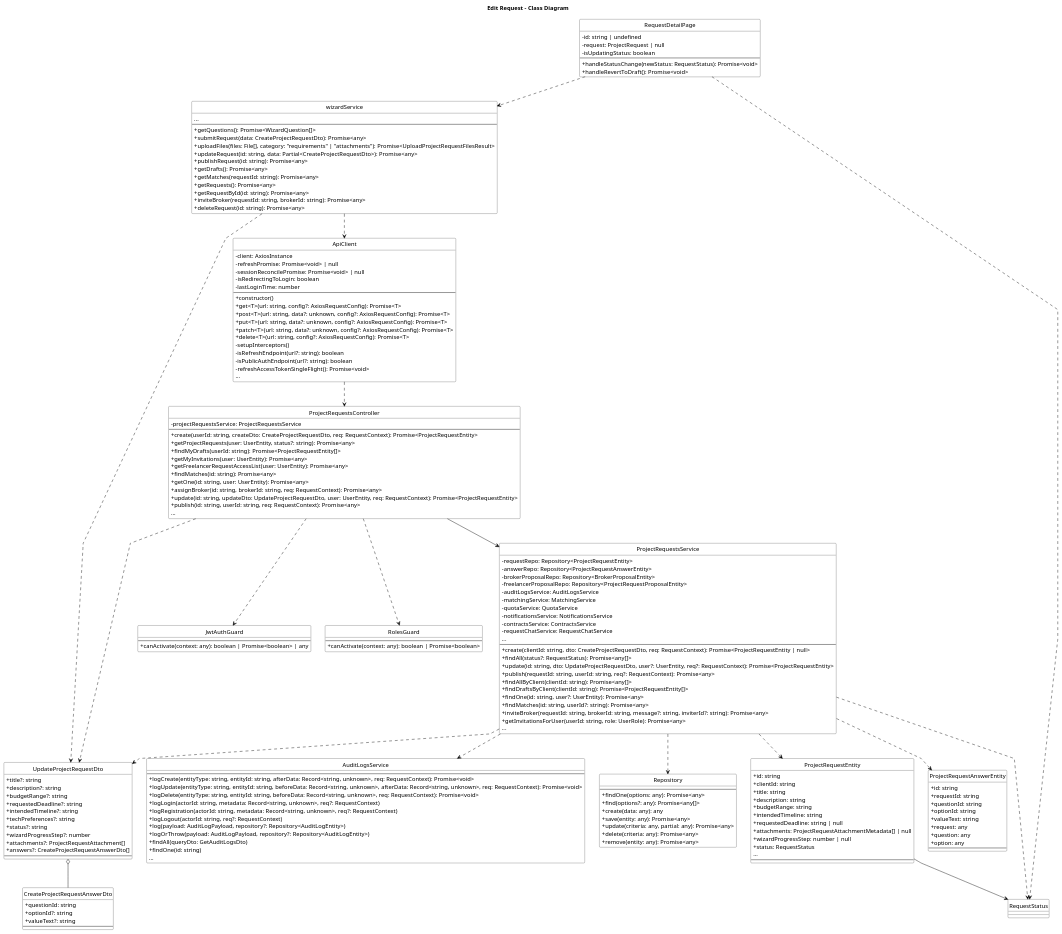
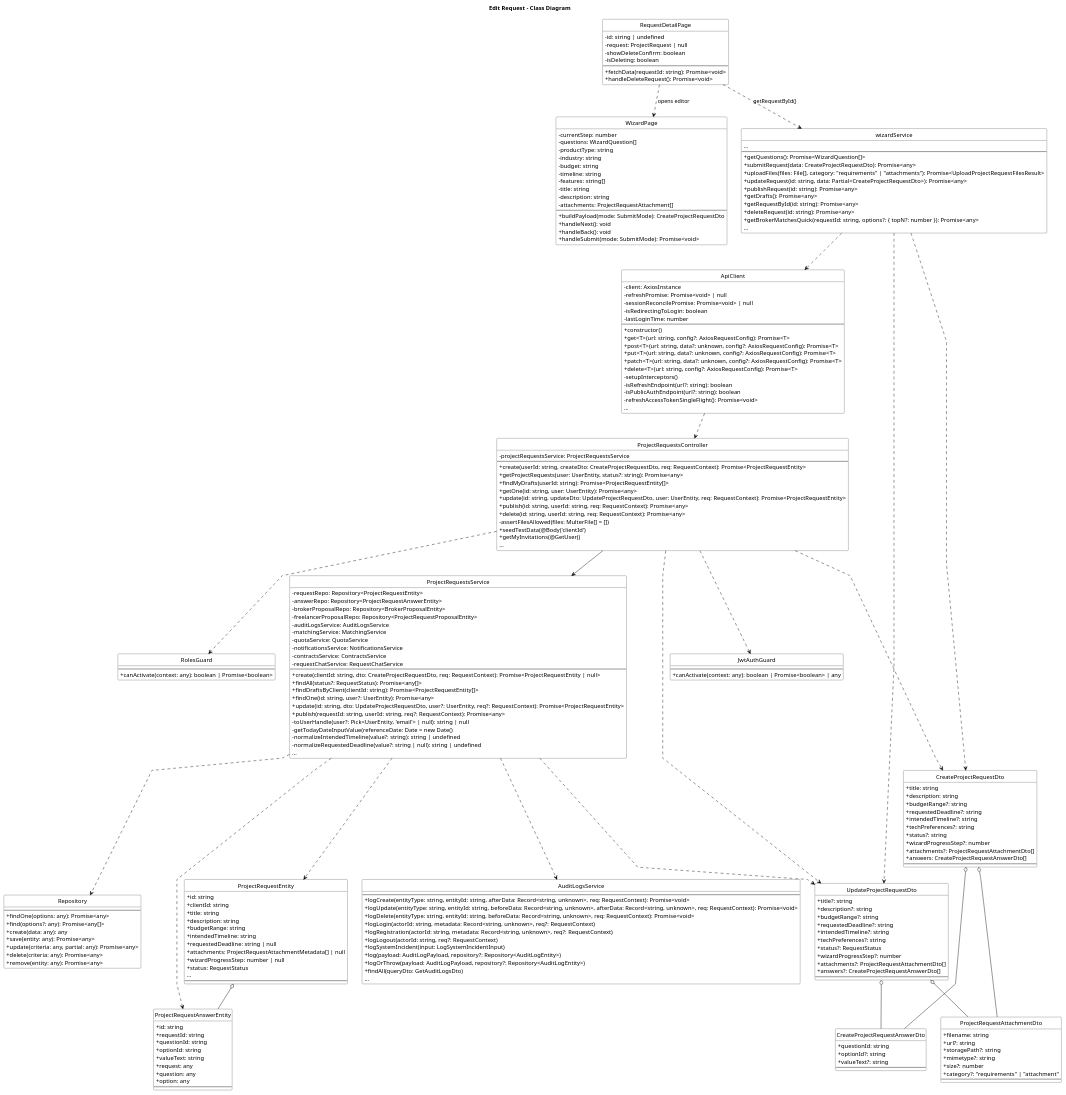
One commit to bangdcce/SEP492-Project changed the diagram in diagram/class_diagrams/edit_request_class_diagram_compact.puml. Above: the diagram before and after it, drawn with PlantUML. The commit also changed 221 other files, not shown here.

```diff
--- a/diagram/class_diagrams/edit_request_class_diagram_compact.puml
+++ b/diagram/class_diagrams/edit_request_class_diagram_compact.puml
@@ -18,16 +18,59 @@
 class RequestDetailPage {
     - id: string | undefined
     - request: ProjectRequest | null
-    - isUpdatingStatus: boolean
+    - showDeleteConfirm: boolean
+    - isDeleting: boolean
     --
-    + handleStatusChange(newStatus: RequestStatus): Promise<void>
-    + handleRevertToDraft(): Promise<void>
+    + fetchData(requestId: string): Promise<void>
+    + handleDeleteRequest(): Promise<void>
+}
+
+class WizardPage {
+    - currentStep: number
+    - questions: WizardQuestion[]
+    - productType: string
+    - industry: string
+    - budget: string
+    - timeline: string
+    - features: string[]
+    - title: string
+    - description: string
+    - attachments: ProjectRequestAttachment[]
+    --
+    + buildPayload(mode: SubmitMode): CreateProjectRequestDto
+    + handleNext(): void
+    + handleBack(): void
+    + handleSubmit(mode: SubmitMode): Promise<void>
+}
+
+class CreateProjectRequestDto {
+    + title: string
+    + description: string
+    + budgetRange?: string
+    + requestedDeadline?: string
+    + intendedTimeline?: string
+    + techPreferences?: string
+    + status?: string
+    + wizardProgressStep?: number
+    + attachments?: ProjectRequestAttachmentDto[]
+    + answers: CreateProjectRequestAnswerDto[]
+    --
 }
 
 class CreateProjectRequestAnswerDto {
     + questionId: string
     + optionId?: string
     + valueText?: string
+    --
+}
+
+class ProjectRequestAttachmentDto {
+    + filename: string
+    + url?: string
+    + storagePath?: string
+    + mimetype?: string
+    + size?: number
+    + category?: "requirements" | "attachment"
     --
 }
 
@@ -38,9 +81,9 @@
     + requestedDeadline?: string
     + intendedTimeline?: string
     + techPreferences?: string
-    + status?: string
+    + status?: RequestStatus
     + wizardProgressStep?: number
-    + attachments?: ProjectRequestAttachment[]
+    + attachments?: ProjectRequestAttachmentDto[]
     + answers?: CreateProjectRequestAnswerDto[]
     --
 }
@@ -54,11 +97,10 @@
     + updateRequest(id: string, data: Partial<CreateProjectRequestDto>): Promise<any>
     + publishRequest(id: string): Promise<any>
     + getDrafts(): Promise<any>
-    + getMatches(requestId: string): Promise<any>
-    + getRequests(): Promise<any>
     + getRequestById(id: string): Promise<any>
-    + inviteBroker(requestId: string, brokerId: string): Promise<any>
     + deleteRequest(id: string): Promise<any>
+    + getBrokerMatchesQuick(requestId: string, options?: { topN?: number }): Promise<any>
+    ...
 }
 
 class ApiClient {
@@ -97,13 +139,13 @@
     + create(userId: string, createDto: CreateProjectRequestDto, req: RequestContext): Promise<ProjectRequestEntity>
     + getProjectRequests(user: UserEntity, status?: string): Promise<any>
     + findMyDrafts(userId: string): Promise<ProjectRequestEntity[]>
-    + getMyInvitations(user: UserEntity): Promise<any>
-    + getFreelancerRequestAccessList(user: UserEntity): Promise<any>
-    + findMatches(id: string): Promise<any>
     + getOne(id: string, user: UserEntity): Promise<any>
-    + assignBroker(id: string, brokerId: string, req: RequestContext): Promise<any>
     + update(id: string, updateDto: UpdateProjectRequestDto, user: UserEntity, req: RequestContext): Promise<ProjectRequestEntity>
     + publish(id: string, userId: string, req: RequestContext): Promise<any>
+    + delete(id: string, userId: string, req: RequestContext): Promise<any>
+    - assertFilesAllowed(files: MulterFile[] = [])
+    + seedTestData(@Body('clientId')
+    + getMyInvitations(@GetUser()
     ...
 }
 
@@ -115,10 +157,10 @@
     + logLogin(actorId: string, metadata: Record<string, unknown>, req?: RequestContext)
     + logRegistration(actorId: string, metadata: Record<string, unknown>, req?: RequestContext)
     + logLogout(actorId: string, req?: RequestContext)
+    + logSystemIncident(input: LogSystemIncidentInput)
     + log(payload: AuditLogPayload, repository?: Repository<AuditLogEntity>)
     + logOrThrow(payload: AuditLogPayload, repository?: Repository<AuditLogEntity>)
     + findAll(queryDto: GetAuditLogsDto)
-    + findOne(id: string)
     ...
 }
 
@@ -132,7 +174,6 @@
     + delete(criteria: any): Promise<any>
     + remove(entity: any): Promise<any>
 }
-
 
 class ProjectRequestEntity {
     + id: string
@@ -172,42 +213,45 @@
     - notificationsService: NotificationsService
     - contractsService: ContractsService
     - requestChatService: RequestChatService
-    ...
     --
     + create(clientId: string, dto: CreateProjectRequestDto, req: RequestContext): Promise<ProjectRequestEntity | null>
     + findAll(status?: RequestStatus): Promise<any[]>
+    + findDraftsByClient(clientId: string): Promise<ProjectRequestEntity[]>
+    + findOne(id: string, user?: UserEntity): Promise<any>
     + update(id: string, dto: UpdateProjectRequestDto, user?: UserEntity, req?: RequestContext): Promise<ProjectRequestEntity>
     + publish(requestId: string, userId: string, req?: RequestContext): Promise<any>
-    + findAllByClient(clientId: string): Promise<any[]>
-    + findDraftsByClient(clientId: string): Promise<ProjectRequestEntity[]>
-    + findOne(id: string, user?: UserEntity): Promise<any>
-    + findMatches(id: string, userId?: string): Promise<any>
-    + inviteBroker(requestId: string, brokerId: string, message?: string, inviterId?: string): Promise<any>
-    + getInvitationsForUser(userId: string, role: UserRole): Promise<any>
+    - toUserHandle(user?: Pick<UserEntity, 'email'> | null): string | null
+    - getTodayDateInputValue(referenceDate: Date = new Date()
+    - normalizeIntendedTimeline(value?: string): string | undefined
+    - normalizeRequestedDeadline(value?: string | null): string | undefined
     ...
 }
 
-RequestDetailPage ..> wizardService
-RequestDetailPage ..> RequestStatus
+RequestDetailPage ..> WizardPage : opens editor
+RequestDetailPage ..> wizardService : getRequestById()
+
+CreateProjectRequestDto o-- CreateProjectRequestAnswerDto
+CreateProjectRequestDto o-- ProjectRequestAttachmentDto
+UpdateProjectRequestDto o-- CreateProjectRequestAnswerDto
+UpdateProjectRequestDto o-- ProjectRequestAttachmentDto
 
 wizardService ..> ApiClient
+wizardService ..> CreateProjectRequestDto
 wizardService ..> UpdateProjectRequestDto
 ApiClient ..> ProjectRequestsController
-
-UpdateProjectRequestDto o-- CreateProjectRequestAnswerDto
 
 ProjectRequestsController ..> JwtAuthGuard
 ProjectRequestsController ..> RolesGuard
 ProjectRequestsController --> ProjectRequestsService
+ProjectRequestsController ..> CreateProjectRequestDto
 ProjectRequestsController ..> UpdateProjectRequestDto
 
 ProjectRequestsService ..> Repository
 ProjectRequestsService ..> AuditLogsService
 ProjectRequestsService ..> ProjectRequestEntity
 ProjectRequestsService ..> ProjectRequestAnswerEntity
-ProjectRequestsService ..> RequestStatus
 ProjectRequestsService ..> UpdateProjectRequestDto
 
-ProjectRequestEntity --> RequestStatus
+ProjectRequestEntity o-- ProjectRequestAnswerEntity
 
 @enduml
```
